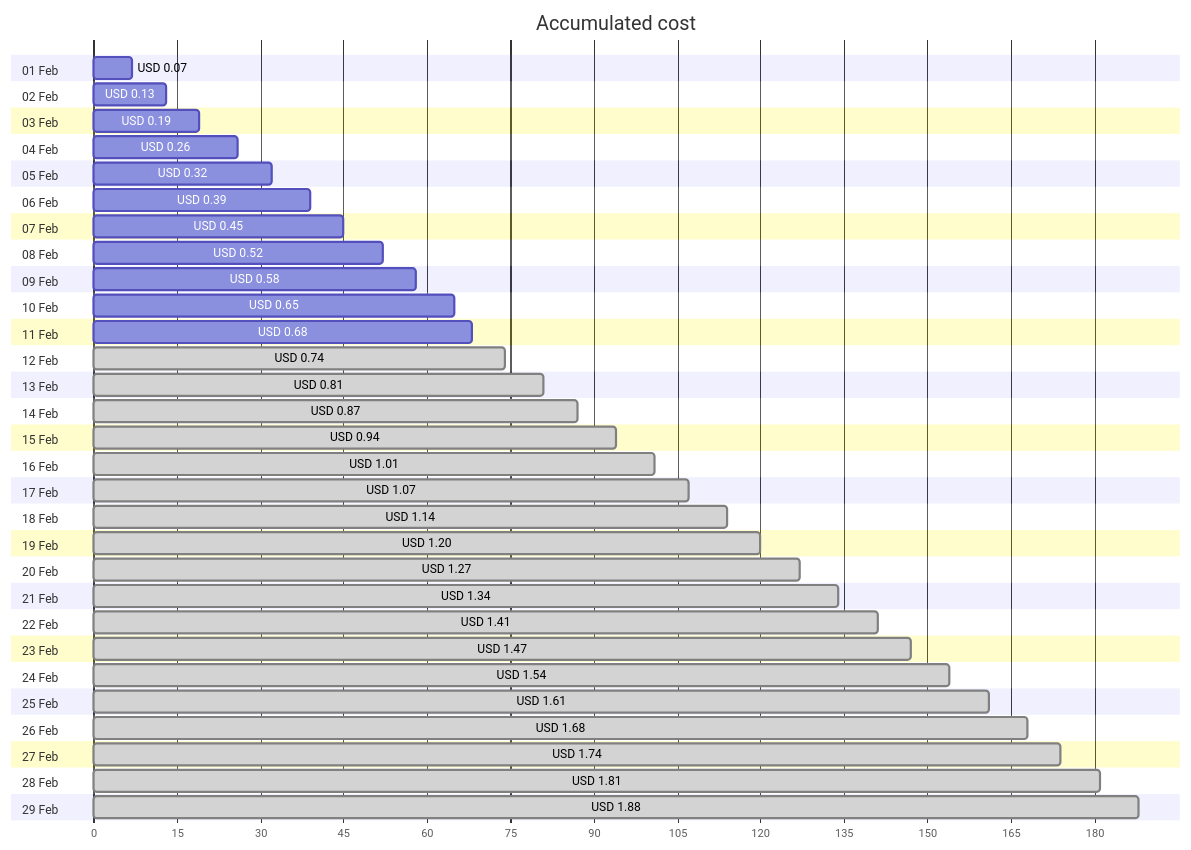
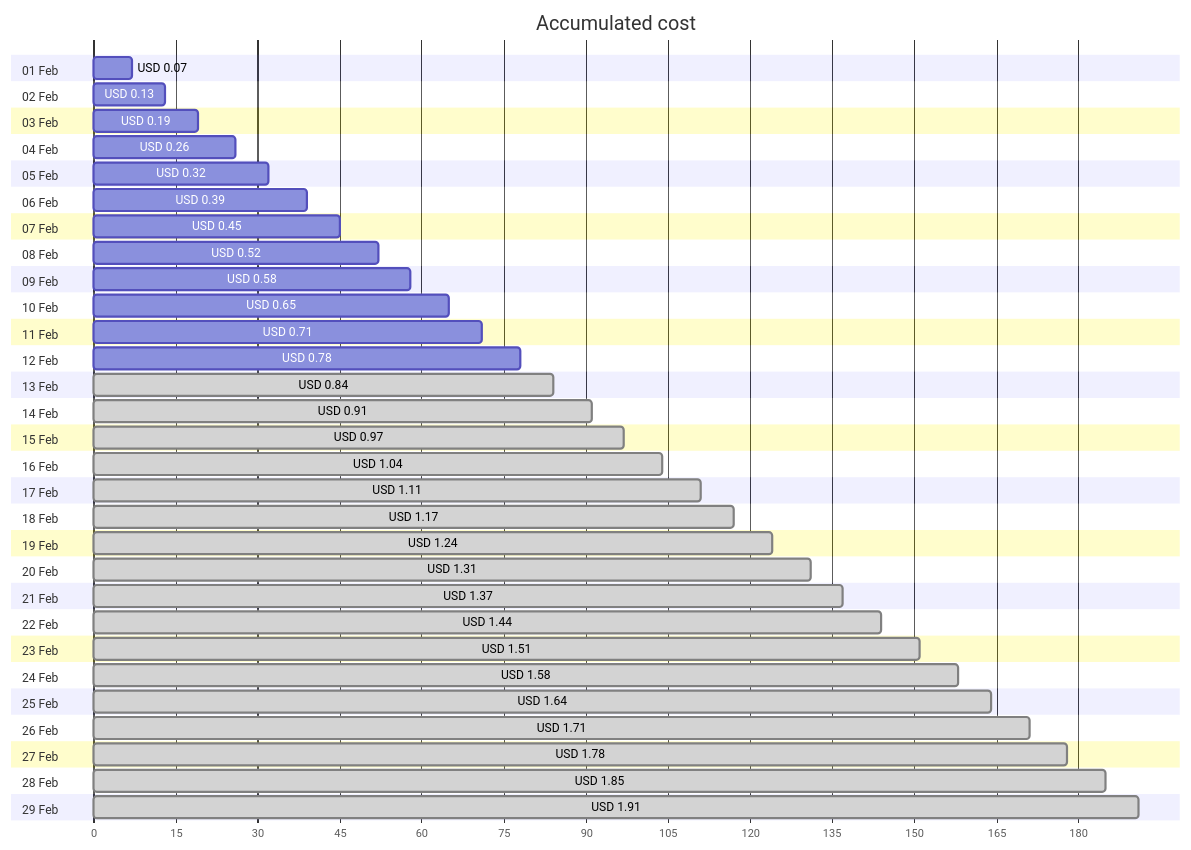
Before and after one commit to jpfulton/azure-personal-reports: the first of 4 diagrams in cost-reports/personal-network/backup-server_OsDisk.md, drawn with Mermaid. The commit also changed other lines of this file and 8 other files, not shown here.

````diff
--- a/cost-reports/personal-network/backup-server_OsDisk.md
+++ b/cost-reports/personal-network/backup-server_OsDisk.md
@@ -20,64 +20,64 @@
 ```mermaid
 gantt
    title Accumulated cost
    dateFormat  X
    axisFormat %s
    section 01 Feb
    USD 0.07 :0, 7
    section 02 Feb
    USD 0.13 :0, 13
    section 03 Feb
    USD 0.19 :0, 19
    section 04 Feb
    USD 0.26 :0, 26
    section 05 Feb
    USD 0.32 :0, 32
    section 06 Feb
    USD 0.39 :0, 39
    section 07 Feb
    USD 0.45 :0, 45
    section 08 Feb
    USD 0.52 :0, 52
    section 09 Feb
    USD 0.58 :0, 58
    section 10 Feb
    USD 0.65 :0, 65
    section 11 Feb
-   USD 0.68 :0, 68
+   USD 0.71 :0, 71
    section 12 Feb
-   USD 0.74 : done, 0, 74
+   USD 0.78 :0, 78
    section 13 Feb
-   USD 0.81 : done, 0, 81
+   USD 0.84 : done, 0, 84
    section 14 Feb
-   USD 0.87 : done, 0, 87
+   USD 0.91 : done, 0, 91
    section 15 Feb
-   USD 0.94 : done, 0, 94
+   USD 0.97 : done, 0, 97
    section 16 Feb
-   USD 1.01 : done, 0, 101
+   USD 1.04 : done, 0, 104
    section 17 Feb
-   USD 1.07 : done, 0, 107
+   USD 1.11 : done, 0, 111
    section 18 Feb
-   USD 1.14 : done, 0, 114
+   USD 1.17 : done, 0, 117
    section 19 Feb
-   USD 1.20 : done, 0, 120
+   USD 1.24 : done, 0, 124
    section 20 Feb
-   USD 1.27 : done, 0, 127
+   USD 1.31 : done, 0, 131
    section 21 Feb
-   USD 1.34 : done, 0, 134
+   USD 1.37 : done, 0, 137
    section 22 Feb
-   USD 1.41 : done, 0, 141
+   USD 1.44 : done, 0, 144
    section 23 Feb
-   USD 1.47 : done, 0, 147
+   USD 1.51 : done, 0, 151
    section 24 Feb
-   USD 1.54 : done, 0, 154
+   USD 1.58 : done, 0, 158
    section 25 Feb
-   USD 1.61 : done, 0, 161
+   USD 1.64 : done, 0, 164
    section 26 Feb
-   USD 1.68 : done, 0, 168
+   USD 1.71 : done, 0, 171
    section 27 Feb
-   USD 1.74 : done, 0, 174
+   USD 1.78 : done, 0, 178
    section 28 Feb
-   USD 1.81 : done, 0, 181
+   USD 1.85 : done, 0, 185
    section 29 Feb
-   USD 1.88 : done, 0, 188
+   USD 1.91 : done, 0, 191
 ```
````
